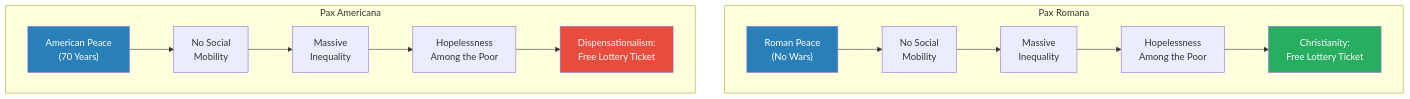
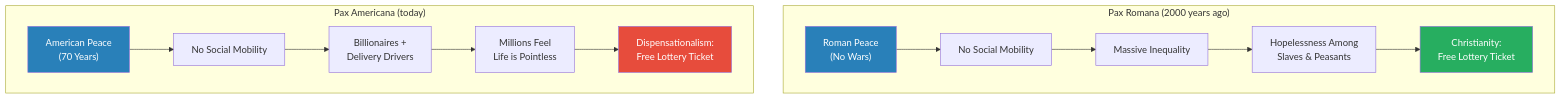
Before and after one commit to alius33/reader: the ninth of 9 diagrams in summaries/Lectures/Geo-Strategy/02 - Christian Zionism and the Middle East Conflict.md, drawn with Mermaid. The commit also changed other lines of this file and 26 other files, not shown here.

````diff
--- a/summaries/Lectures/Geo-Strategy/02 - Christian Zionism and the Middle East Conflict.md
+++ b/summaries/Lectures/Geo-Strategy/02 - Christian Zionism and the Middle East Conflict.md
@@ -409,19 +451,19 @@
 ```mermaid
 flowchart TB
-    subgraph PR ["Pax Romana"]
-        A1["Roman Peace<br/>(No Wars)"] --> B1["No Social<br/>Mobility"]
-        B1 --> C1["Massive<br/>Inequality"]
-        C1 --> D1["Hopelessness<br/>Among the Poor"]
+    subgraph PR ["Pax Romana (2000 years ago)"]
+        A1["Roman Peace<br/>(No Wars)"] --> B1["No Social Mobility"]
+        B1 --> C1["Massive Inequality"]
+        C1 --> D1["Hopelessness Among<br/>Slaves & Peasants"]
         D1 --> E1["Christianity:<br/>Free Lottery Ticket"]
     end
-    subgraph PA ["Pax Americana"]
-        A2["American Peace<br/>(70 Years)"] --> B2["No Social<br/>Mobility"]
-        B2 --> C2["Massive<br/>Inequality"]
-        C2 --> D2["Hopelessness<br/>Among the Poor"]
+    subgraph PA ["Pax Americana (today)"]
+        A2["American Peace<br/>(70 Years)"] --> B2["No Social Mobility"]
+        B2 --> C2["Billionaires +<br/>Delivery Drivers"]
+        C2 --> D2["Millions Feel<br/>Life is Pointless"]
         D2 --> E2["Dispensationalism:<br/>Free Lottery Ticket"]
     end
     style E1 fill:#27ae60,color:#fff
     style E2 fill:#e74c3c,color:#fff
     style A1 fill:#2980b9,color:#fff
     style A2 fill:#2980b9,color:#fff
 ```
````
